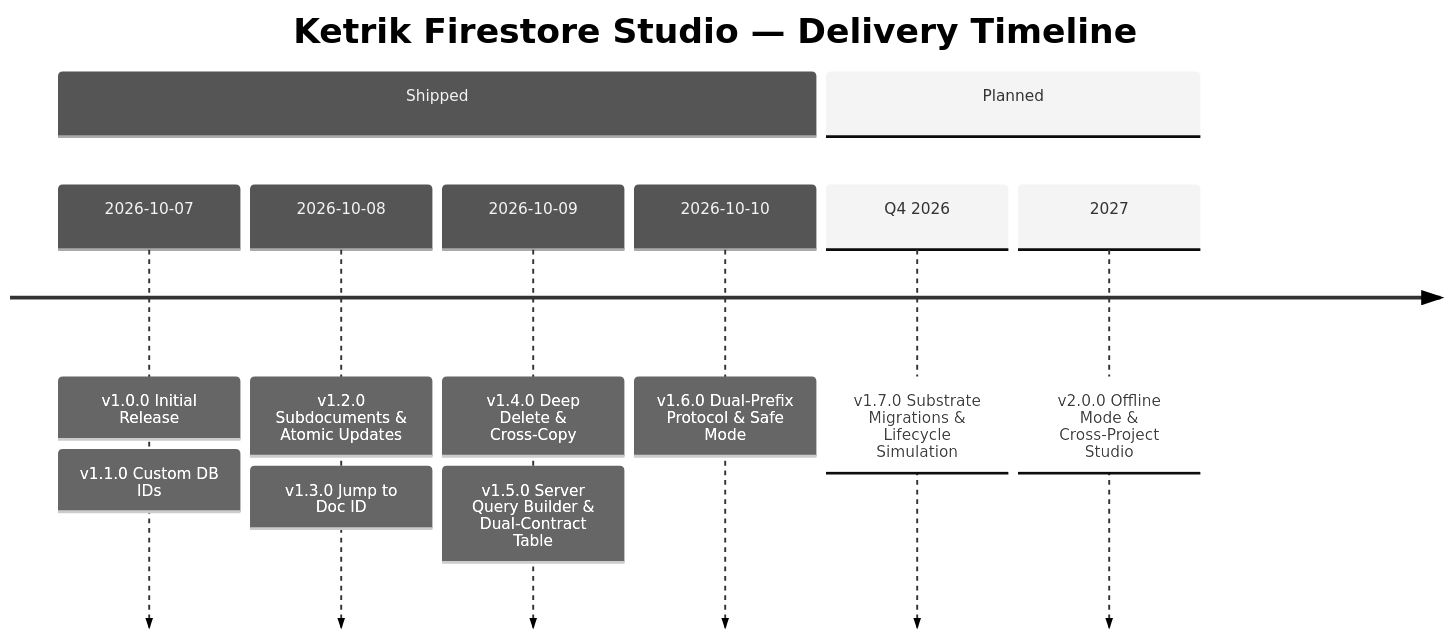
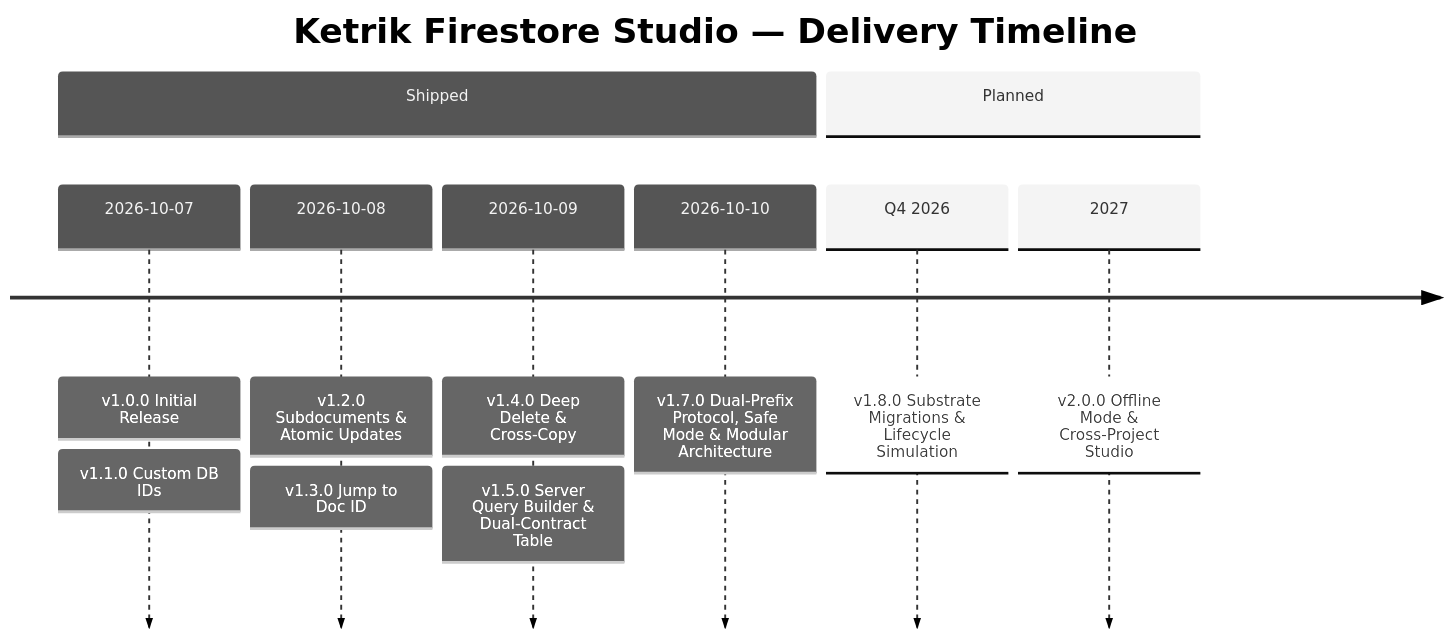
The diagram in ROADMAP.md (ketrik/ketrik-firestore-studio), drawn with Mermaid (neutral theme) before and after one commit. The commit also changed other lines of this file and 1 other file, not shown here.

Commit message:
docs: sync CHANGELOG and ROADMAP with v1.7.0 release

````diff
--- a/ROADMAP.md
+++ b/ROADMAP.md
@@ -5,12 +5,12 @@
 ```mermaid
 timeline
     title Ketrik Firestore Studio — Delivery Timeline
     section Shipped
         2026-10-07 : v1.0.0 Initial Release : v1.1.0 Custom DB IDs
         2026-10-08 : v1.2.0 Subdocuments & Atomic Updates : v1.3.0 Jump to Doc ID
         2026-10-09 : v1.4.0 Deep Delete & Cross-Copy : v1.5.0 Server Query Builder & Dual-Contract Table
-        2026-10-10 : v1.6.0 Dual-Prefix Protocol & Safe Mode
+        2026-10-10 : v1.7.0 Dual-Prefix Protocol, Safe Mode & Modular Architecture
     section Planned
-        Q4 2026 : v1.7.0 Substrate Migrations & Lifecycle Simulation
+        Q4 2026 : v1.8.0 Substrate Migrations & Lifecycle Simulation
         2027 : v2.0.0 Offline Mode & Cross-Project Studio
 ```
````
